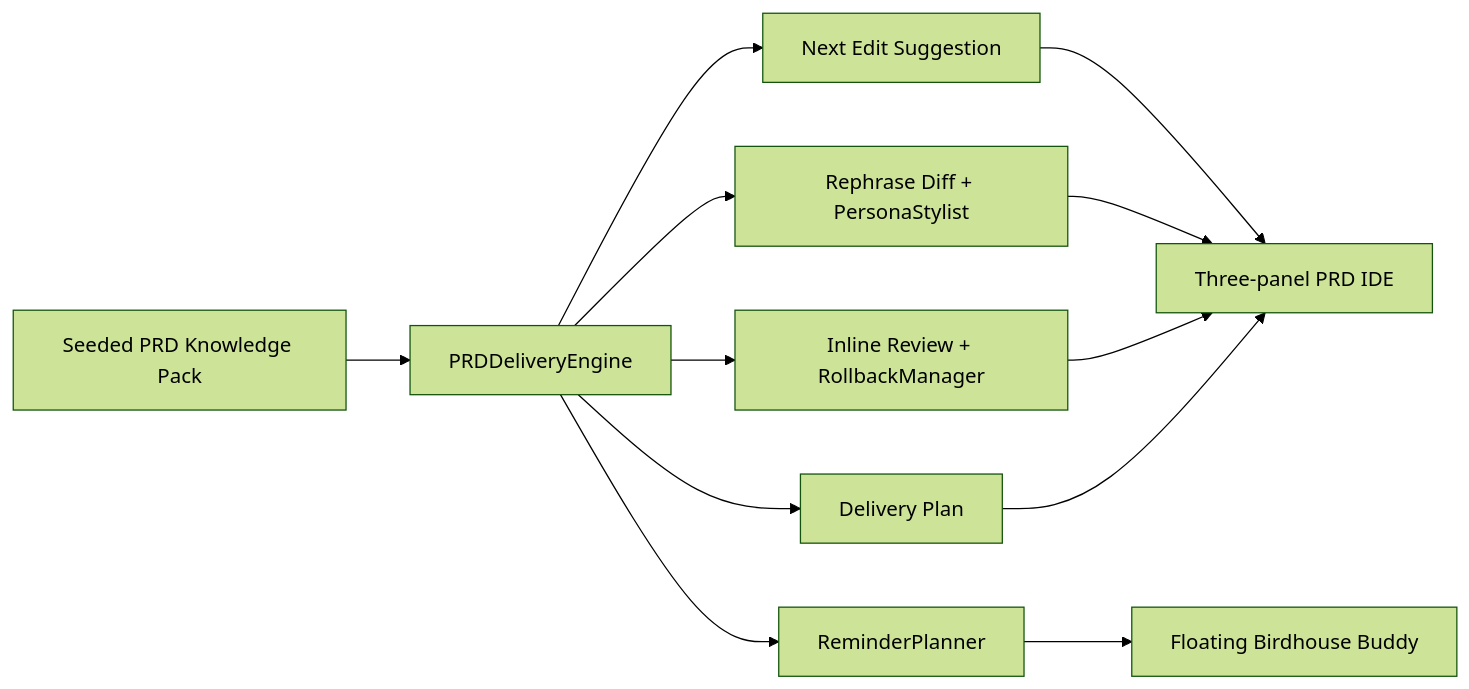
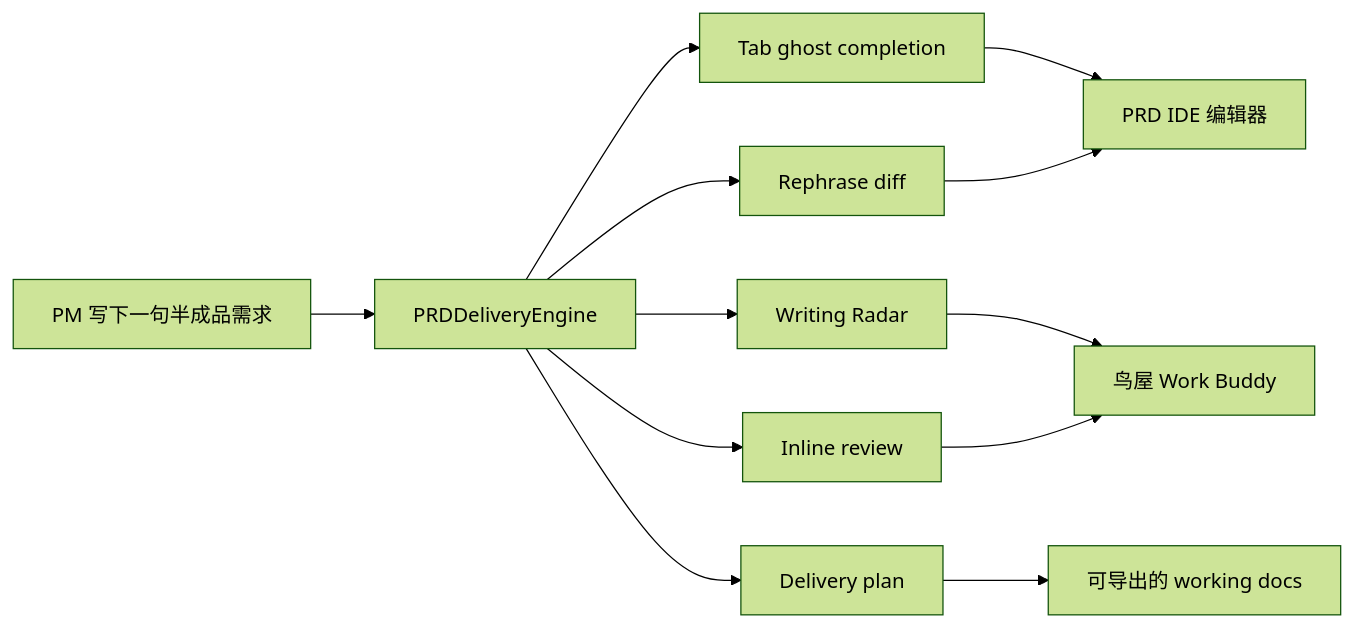
One commit to ShenXiexs/ETF-Monitoring-Agent changed the first of 2 diagrams in README.md. Above: the diagram before and after it, drawn with Mermaid (forest theme). The commit also changed other lines of this file and 7 other files, not shown here.

````diff
--- a/README.md
+++ b/README.md
@@ -52,14 +48,14 @@
 ```mermaid
 flowchart LR
-    A[Seeded PRD Knowledge Pack] --> B[PRDDeliveryEngine]
-    B --> C[Next Edit Suggestion]
-    B --> D[Rephrase Diff + PersonaStylist]
-    B --> E[Inline Review + RollbackManager]
-    B --> F[ReminderPlanner]
-    B --> G[Delivery Plan]
-    C --> H[Three-panel PRD IDE]
+    A["PM 写下一句半成品需求"] --> B["PRDDeliveryEngine"]
+    B --> C["Tab ghost completion"]
+    B --> D["Rephrase diff"]
+    B --> E["Writing Radar"]
+    B --> F["Inline review"]
+    B --> G["Delivery plan"]
+    C --> H["PRD IDE 编辑器"]
     D --> H
-    E --> H
-    F --> I[Floating Birdhouse Buddy]
-    G --> H
+    E --> I["鸟屋 Work Buddy"]
+    F --> I
+    G --> J["可导出的 working docs"]
 ```
````
